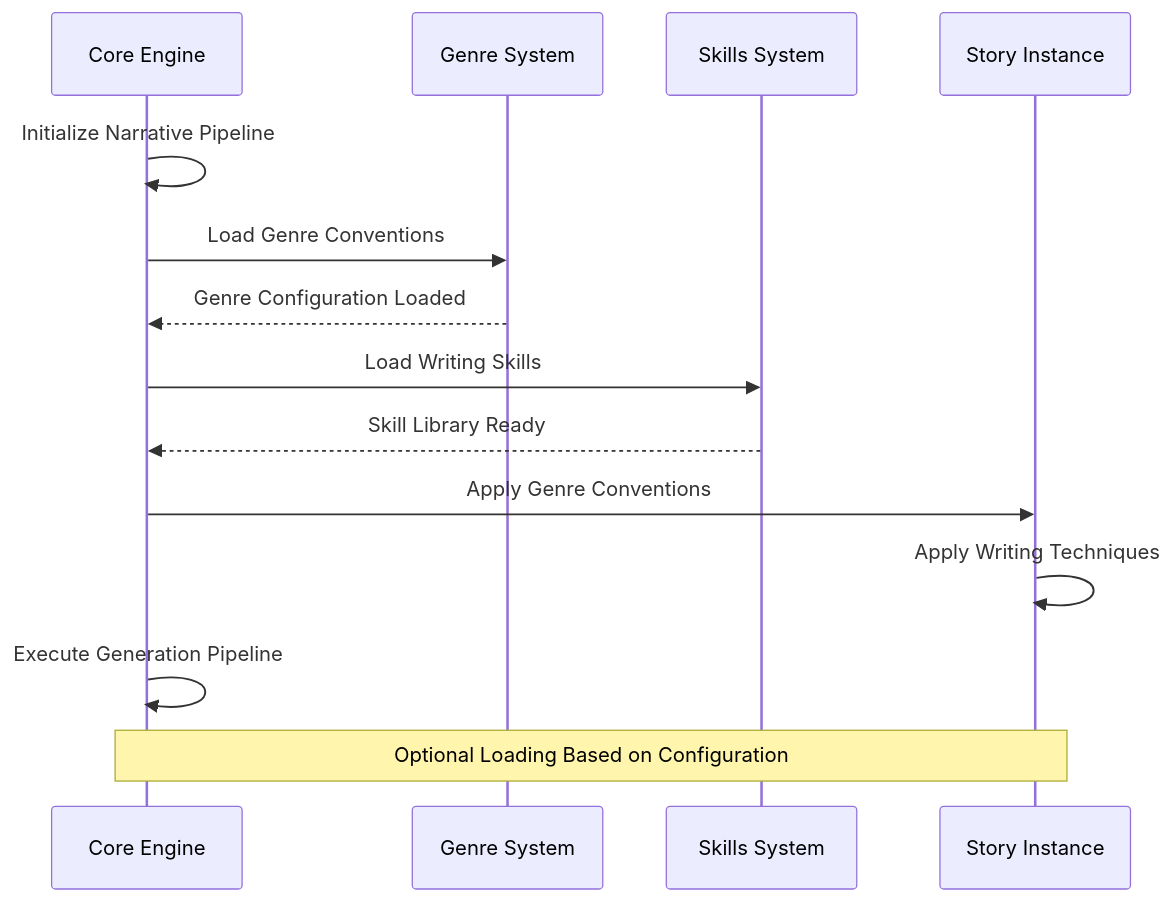
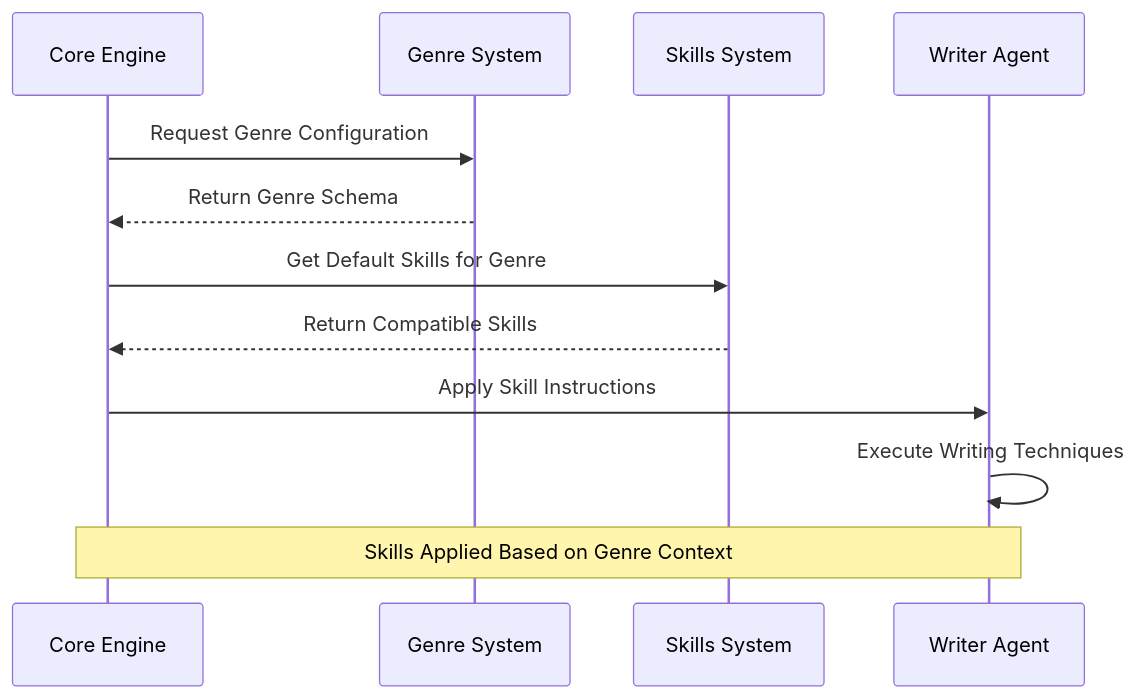
One commit to liwonder/NARRITIVE_OS changed the fourth of 4 diagrams in .qoder/repowiki/en/content/Genre and Skills Systems.md. Above: the diagram before and after it, drawn with Mermaid. The commit also changed other lines of this file and 14 other files, not shown here.

````diff
--- a/.qoder/repowiki/en/content/Genre and Skills Systems.md
+++ b/.qoder/repowiki/en/content/Genre and Skills Systems.md
@@ -166,16 +320,14 @@
 ```mermaid
 sequenceDiagram
 participant Engine as Core Engine
-participant Genres as Genre System
-participant Skills as Skills System
-participant Story as Story Instance
-Engine->>Engine : Initialize Narrative Pipeline
-Engine->>Genres : Load Genre Conventions
-Genres-->>Engine : Genre Configuration Loaded
-Engine->>Skills : Load Writing Skills
-Skills-->>Engine : Skill Library Ready
-Engine->>Story : Apply Genre Conventions
-Story->>Story : Apply Writing Techniques
-Engine->>Engine : Execute Generation Pipeline
-Note over Engine,Story : Optional Loading Based on Configuration
+participant GenreSystem as Genre System
+participant SkillSystem as Skills System
+participant Writer as Writer Agent
+Engine->>GenreSystem : Request Genre Configuration
+GenreSystem-->>Engine : Return Genre Schema
+Engine->>SkillSystem : Get Default Skills for Genre
+SkillSystem-->>Engine : Return Compatible Skills
+Engine->>Writer : Apply Skill Instructions
+Writer->>Writer : Execute Writing Techniques
+Note over Engine,Writer : Skills Applied Based on Genre Context
 ```
````
